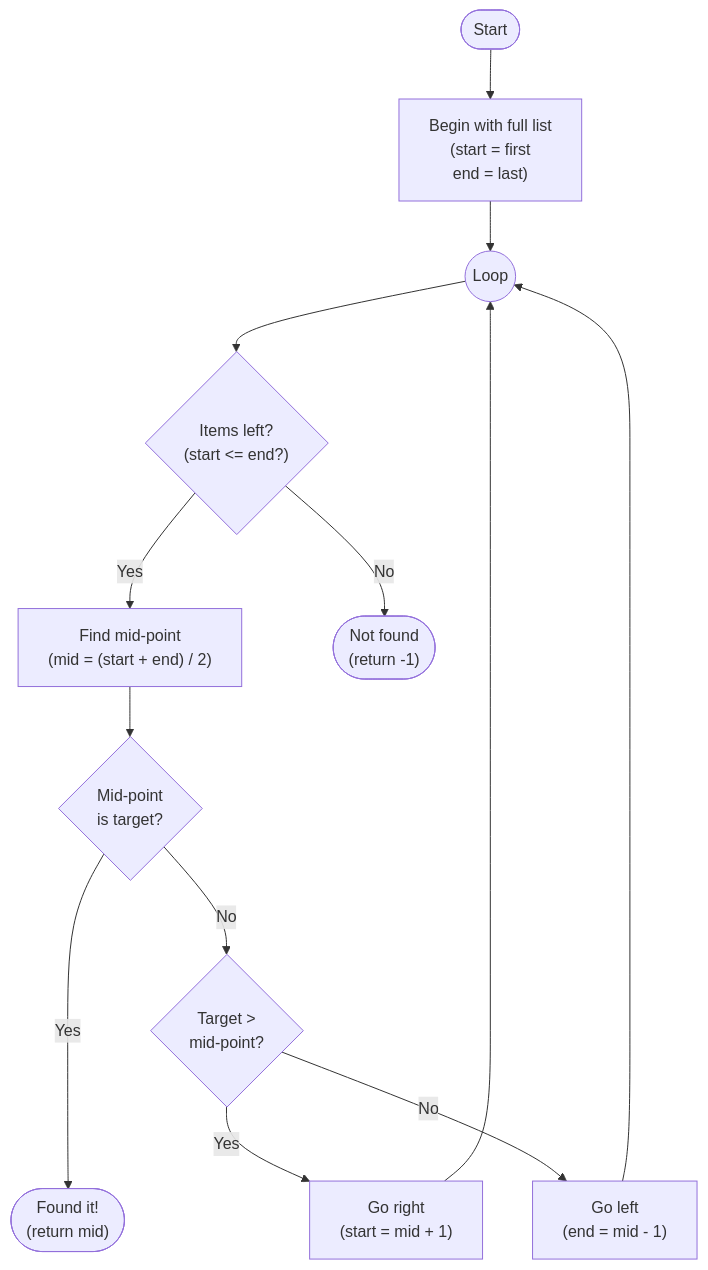
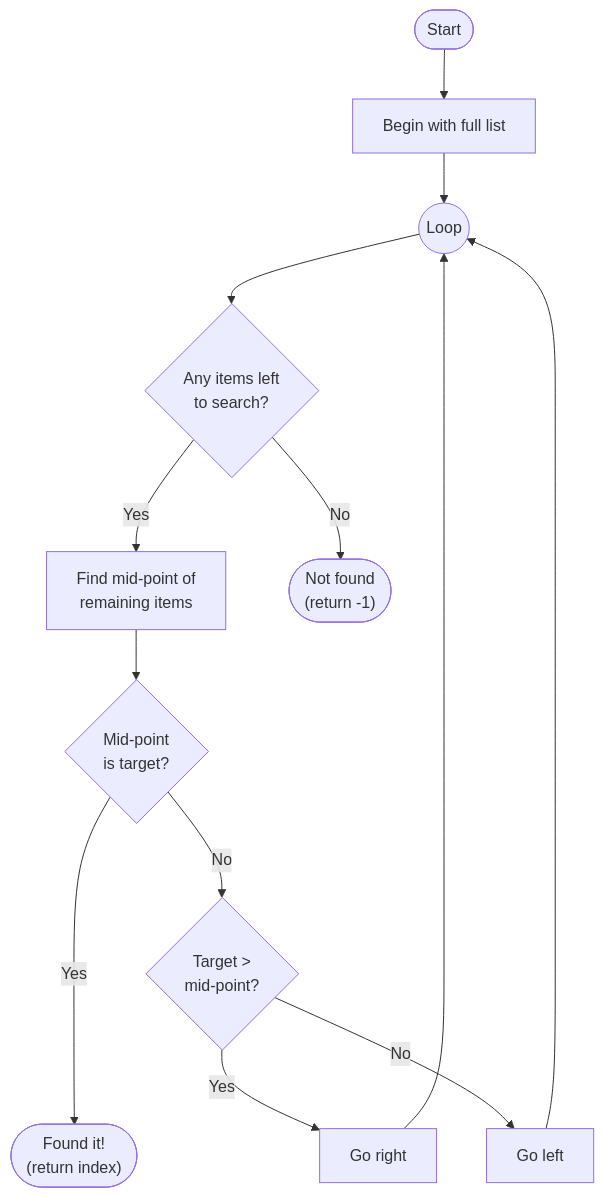
Before and after one commit to waimea-dt/how-do-i: the second of 2 diagrams in docs/programming/algorithms/searching.md, drawn with Mermaid. The commit also changed other lines of this file and 10 other files, not shown here.

Commit message:
More pseudo and mermaid tweaks, plus tree notes

````diff
--- a/docs/programming/algorithms/searching.md
+++ b/docs/programming/algorithms/searching.md
@@ -91,24 +124,24 @@
 ```mermaid
 flowchart TD
     %% Define nodes
     start(["Start"])
-    init["Begin with full list<br>(start = first<br>end = last)"]
+    init["Begin with full list"]
     loop((Loop))
-    check{"Items left?<br>(start <= end?)"}
-    mid["Find mid-point<br>(mid = (start + end) / 2)"]
+    check{"Any items left<br>to search?"}
+    mid["Find mid-point of<br>remaining items"]
     equal{"Mid-point<br>is target?"}
     direction{"Target ><br>mid-point?"}
-    found(["Found it!<br>(return mid)"])
-    goRight["Go right<br>(start = mid + 1)"]
-    goLeft["Go left<br>(end = mid - 1)"]
+    found(["Found it!<br>(return index)"])
+    goRight["Go right"]
+    goLeft["Go left"]
     notfound(["Not found<br>(return -1)"])
 
     %% Define links
     start --> init --> loop --> check
     check -- No --> notfound
     check -- Yes --> mid --> equal
     equal -- Yes ---> found
     equal -- No --> direction
     direction -- Yes --> goRight --> loop
     direction -- No --> goLeft --> loop
 ```
````
